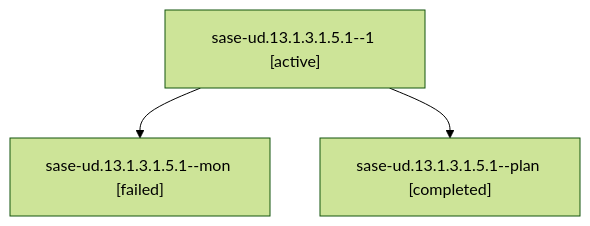
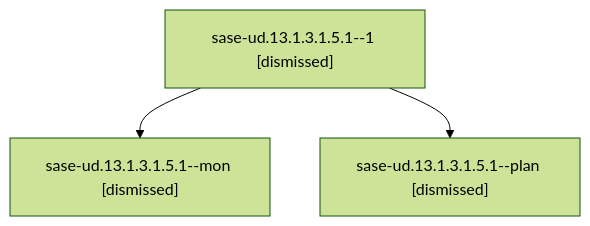
One commit to sase-org/sase--agents changed the diagram in families/bbugyi200.athena.sase-ud.13.1.3.1.5.1.md. Above: the diagram before and after it, drawn with Mermaid (forest theme). The commit also changed other lines of this file and 206 other files, not shown here.

````diff
--- a/families/bbugyi200.athena.sase-ud.13.1.3.1.5.1.md
+++ b/families/bbugyi200.athena.sase-ud.13.1.3.1.5.1.md
@@ -9,8 +9,8 @@
 ```mermaid
 flowchart TD
-  n0["sase-ud.13.1.3.1.5.1--1 [active]"]
-  n1["sase-ud.13.1.3.1.5.1--mon [failed]"]
+  n0["sase-ud.13.1.3.1.5.1--1 [dismissed]"]
+  n1["sase-ud.13.1.3.1.5.1--mon [dismissed]"]
   n0 --> n1
-  n2["sase-ud.13.1.3.1.5.1--plan [completed]"]
+  n2["sase-ud.13.1.3.1.5.1--plan [dismissed]"]
   n0 --> n2
 ```
````
